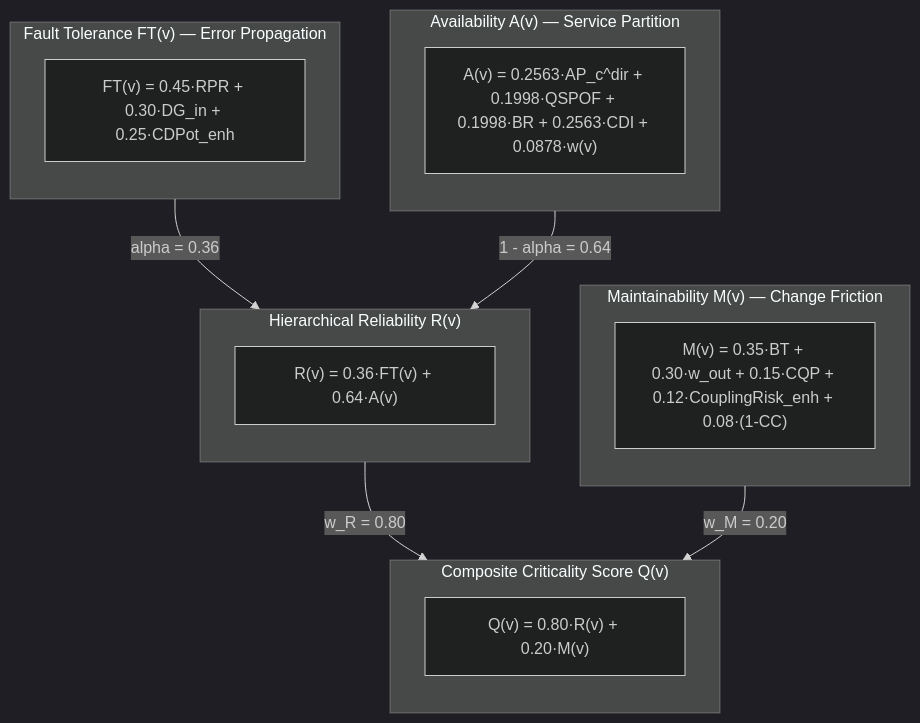
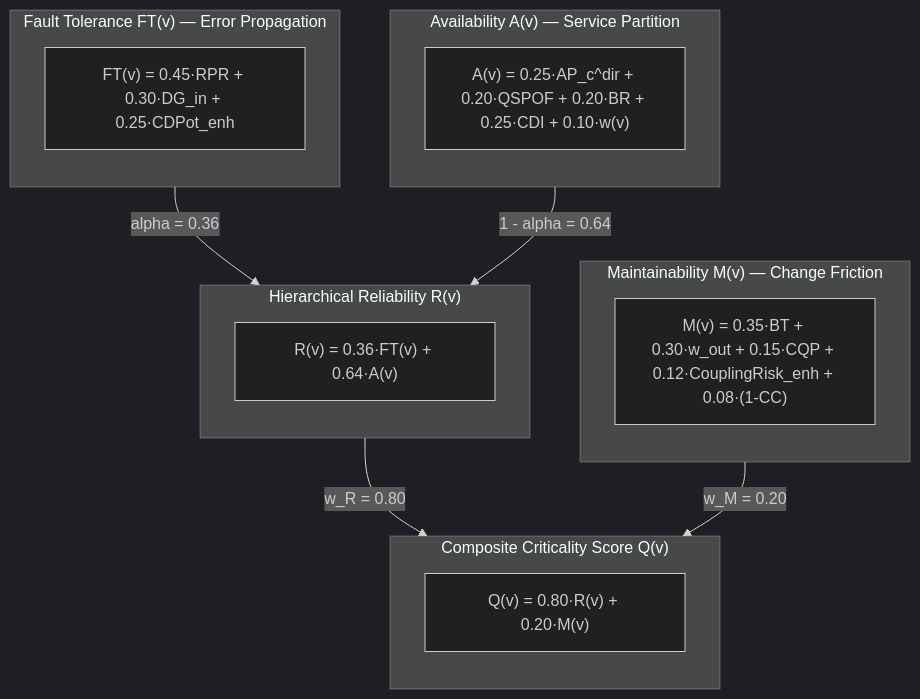
One commit to onuralpyigit/software-as-a-graph changed the fifth of 9 diagrams in docs/criticality.md. Above: the diagram before and after it, drawn with Mermaid (dark theme). The commit also changed 19 other files, not shown here.

````diff
--- a/docs/criticality.md
+++ b/docs/criticality.md
@@ -285,32 +285,32 @@
 ```mermaid
 flowchart TD
     subgraph FT_Calc["Fault Tolerance FT(v) — Error Propagation"]
         direction TB
         FT_Eq["FT(v) = 0.45·RPR + 0.30·DG_in + 0.25·CDPot_enh"]
     end
 
     subgraph A_Calc["Availability A(v) — Service Partition"]
         direction TB
-        A_Eq["A(v) = 0.2563·AP_c^dir + 0.1998·QSPOF + 0.1998·BR + 0.2563·CDI + 0.0878·w(v)"]
+        A_Eq["A(v) = 0.25·AP_c^dir + 0.20·QSPOF + 0.20·BR + 0.25·CDI + 0.10·w(v)"]
     end
 
     subgraph R_Calc["Hierarchical Reliability R(v)"]
         direction TB
         R_Eq["R(v) = 0.36·FT(v) + 0.64·A(v)"]
     end
 
     subgraph M_Calc["Maintainability M(v) — Change Friction"]
         direction TB
         M_Eq["M(v) = 0.35·BT + 0.30·w_out + 0.15·CQP + 0.12·CouplingRisk_enh + 0.08·(1-CC)"]
     end
 
     subgraph Q_Calc["Composite Criticality Score Q(v)"]
         direction TB
         Q_Eq["Q(v) = 0.80·R(v) + 0.20·M(v)"]
     end
 
     FT_Calc -->|"alpha = 0.36"| R_Calc
     A_Calc -->|"1 - alpha = 0.64"| R_Calc
     R_Calc -->|"w_R = 0.80"| Q_Calc
     M_Calc -->|"w_M = 0.20"| Q_Calc
 ```
````
